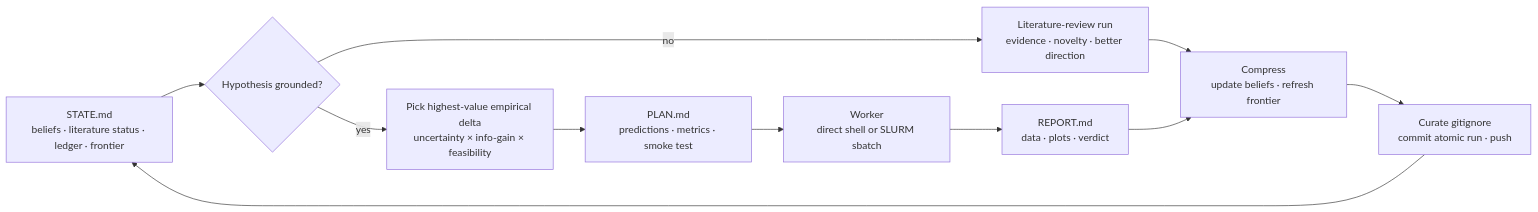
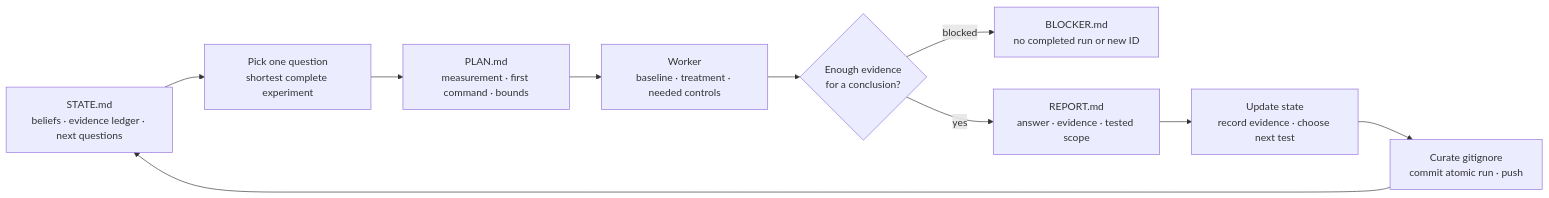
One commit to user074/delta-research changed the diagram in README.md. Above: the diagram before and after it, drawn with Mermaid. The commit also changed other lines of this file and 38 other files, not shown here.

````diff
--- a/README.md
+++ b/README.md
@@ -14,13 +20,12 @@
 ```mermaid
 flowchart LR
-    S[STATE.md<br/>beliefs · literature status · ledger · frontier] --> G{Hypothesis grounded?}
-    G -- no --> L[Literature-review run<br/>evidence · novelty · better direction]
-    L --> C
-    G -- yes --> P[Pick highest-value empirical delta<br/>uncertainty × info-gain × feasibility]
-    P --> PL[PLAN.md<br/>predictions · metrics · smoke test]
-    PL --> W[Worker<br/>direct shell or SLURM sbatch]
-    W --> R[REPORT.md<br/>data · plots · verdict]
-    R --> C[Compress<br/>update beliefs · refresh frontier]
+    S[STATE.md<br/>beliefs · evidence ledger · next questions] --> P[Pick one question<br/>shortest complete experiment]
+    P --> PL[PLAN.md<br/>measurement · first command · bounds]
+    PL --> W[Worker<br/>baseline · treatment · needed controls]
+    W --> D{Enough evidence<br/>for a conclusion?}
+    D -- blocked --> B[BLOCKER.md<br/>no completed run or new ID]
+    D -- yes --> R[REPORT.md<br/>answer · evidence · tested scope]
+    R --> C[Update state<br/>record evidence · choose next test]
     C --> V[Curate gitignore<br/>commit atomic run · push]
     V --> S
 ```
````
